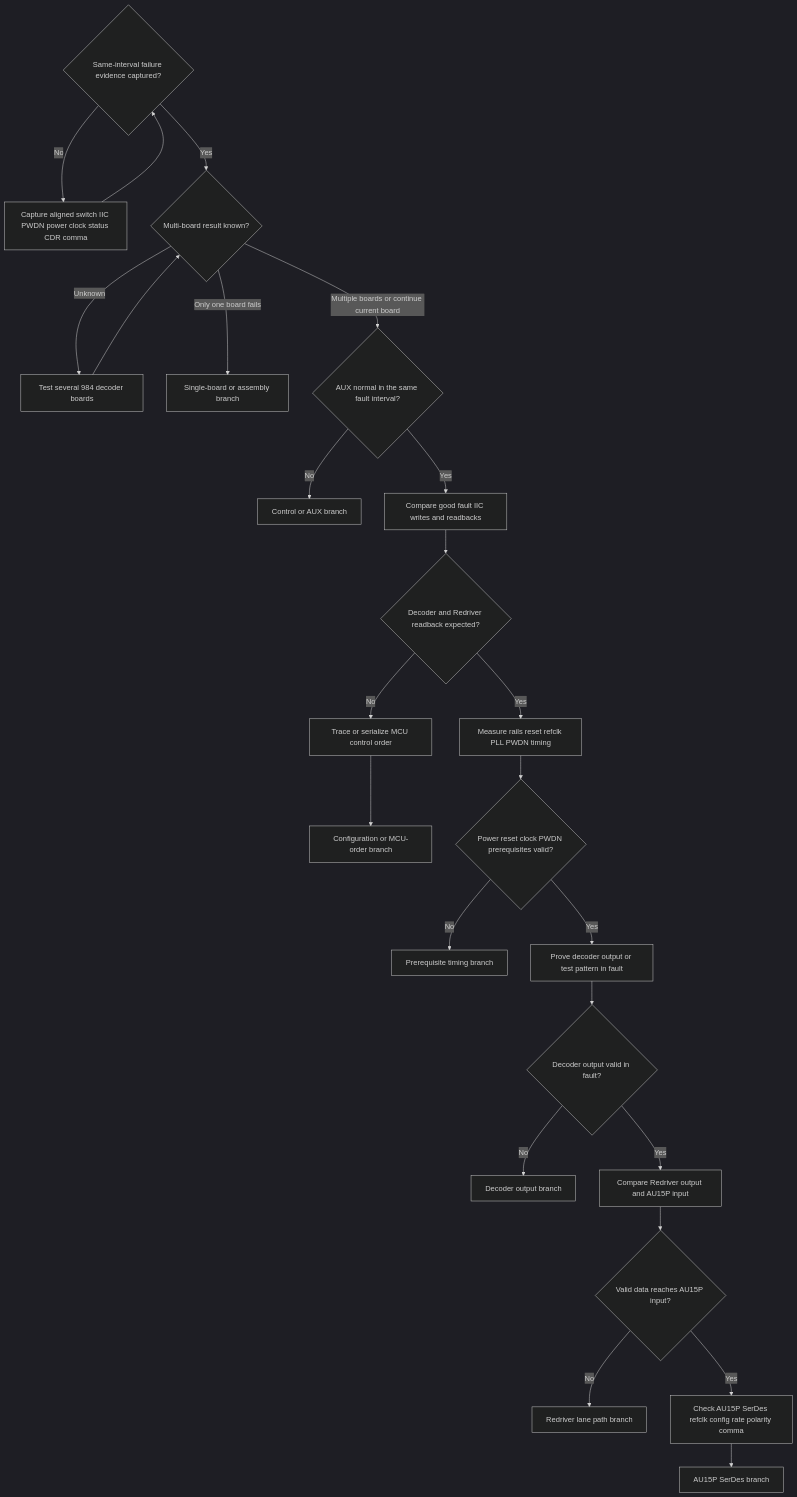
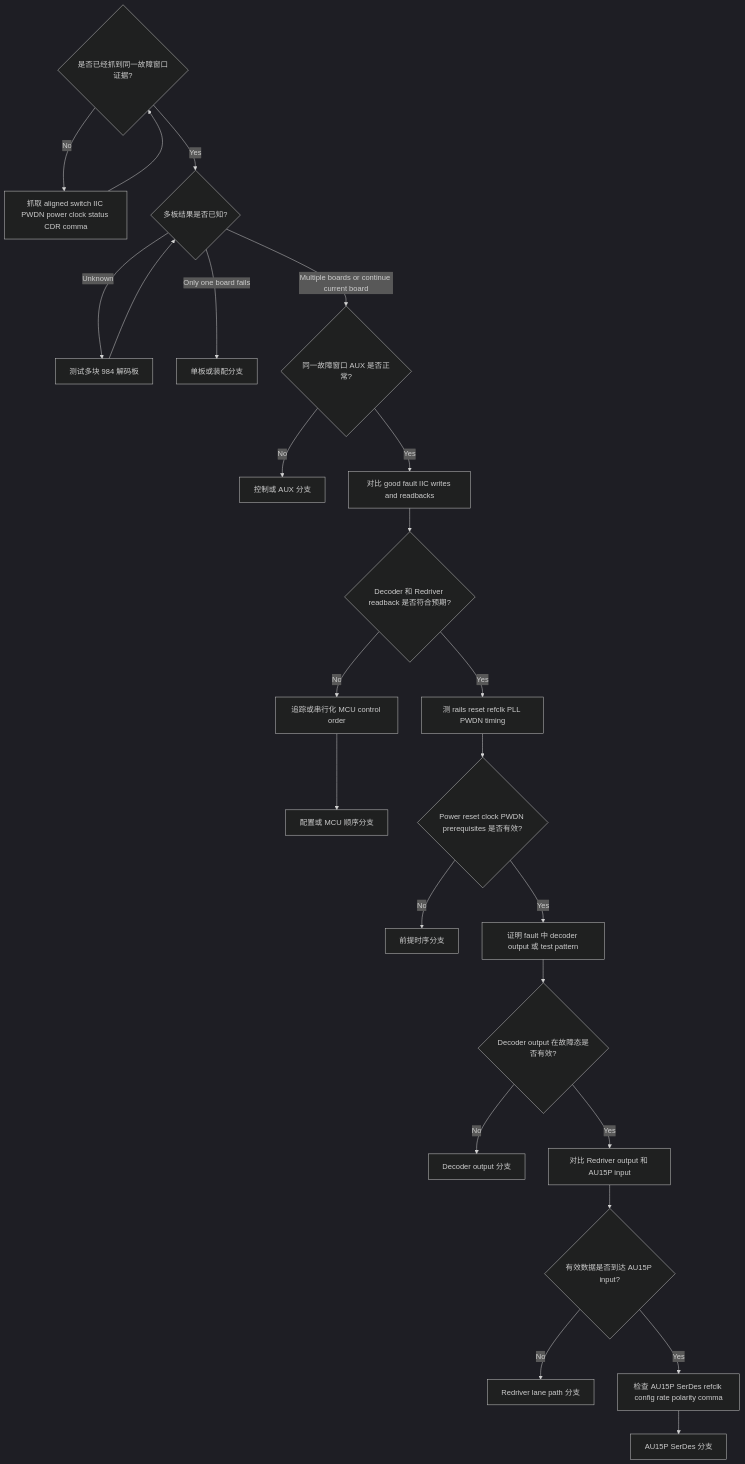
One commit to joyhpc/DebugTool changed the third of 3 diagrams in pilot_runs/a57_edp/latest-architecture-first.md. Above: the diagram before and after it, drawn with Mermaid (dark theme). The commit also changed other lines of this file and 2 other files, not shown here.

Commit message:
Translate A57 eDP pilot output to Chinese

````diff
--- a/pilot_runs/a57_edp/latest-architecture-first.md
+++ b/pilot_runs/a57_edp/latest-architecture-first.md
@@ -279,27 +279,27 @@
 ```mermaid
 flowchart TD
-  D1{Same-interval failure evidence captured?}
-  D1 -->|No| A1[Capture aligned switch IIC PWDN power clock status CDR comma]
+  D1{是否已经抓到同一故障窗口证据?}
+  D1 -->|No| A1[抓取 aligned switch IIC PWDN power clock status CDR comma]
   A1 --> D1
-  D1 -->|Yes| D2{Multi-board result known?}
-  D2 -->|Unknown| A2[Test several 984 decoder boards]
+  D1 -->|Yes| D2{多板结果是否已知?}
+  D2 -->|Unknown| A2[测试多块 984 解码板]
   A2 --> D2
-  D2 -->|Only one board fails| T1[Single-board or assembly branch]
-  D2 -->|Multiple boards or continue current board| D3{AUX normal in the same fault interval?}
-  D3 -->|No| T2[Control or AUX branch]
-  D3 -->|Yes| A3[Compare good fault IIC writes and readbacks]
-  A3 --> D4{Decoder and Redriver readback expected?}
-  D4 -->|No| A7[Trace or serialize MCU control order]
-  A7 --> T3[Configuration or MCU-order branch]
-  D4 -->|Yes| A4[Measure rails reset refclk PLL PWDN timing]
-  A4 --> D5{Power reset clock PWDN prerequisites valid?}
-  D5 -->|No| T4[Prerequisite timing branch]
-  D5 -->|Yes| A5[Prove decoder output or test pattern in fault]
-  A5 --> D6{Decoder output valid in fault?}
-  D6 -->|No| T5[Decoder output branch]
-  D6 -->|Yes| A6[Compare Redriver output and AU15P input]
-  A6 --> D7{Valid data reaches AU15P input?}
-  D7 -->|No| T6[Redriver lane path branch]
-  D7 -->|Yes| A8[Check AU15P SerDes refclk config rate polarity comma]
-  A8 --> T7[AU15P SerDes branch]
+  D2 -->|Only one board fails| T1[单板或装配分支]
+  D2 -->|Multiple boards or continue current board| D3{同一故障窗口 AUX 是否正常?}
+  D3 -->|No| T2[控制或 AUX 分支]
+  D3 -->|Yes| A3[对比 good fault IIC writes and readbacks]
+  A3 --> D4{Decoder 和 Redriver readback 是否符合预期?}
+  D4 -->|No| A7[追踪或串行化 MCU control order]
+  A7 --> T3[配置或 MCU 顺序分支]
+  D4 -->|Yes| A4[测 rails reset refclk PLL PWDN timing]
+  A4 --> D5{Power reset clock PWDN prerequisites 是否有效?}
+  D5 -->|No| T4[前提时序分支]
+  D5 -->|Yes| A5[证明 fault 中 decoder output 或 test pattern]
+  A5 --> D6{Decoder output 在故障态是否有效?}
+  D6 -->|No| T5[Decoder output 分支]
+  D6 -->|Yes| A6[对比 Redriver output 和 AU15P input]
+  A6 --> D7{有效数据是否到达 AU15P input?}
+  D7 -->|No| T6[Redriver lane path 分支]
+  D7 -->|Yes| A8[检查 AU15P SerDes refclk config rate polarity comma]
+  A8 --> T7[AU15P SerDes 分支]
 ```
````
